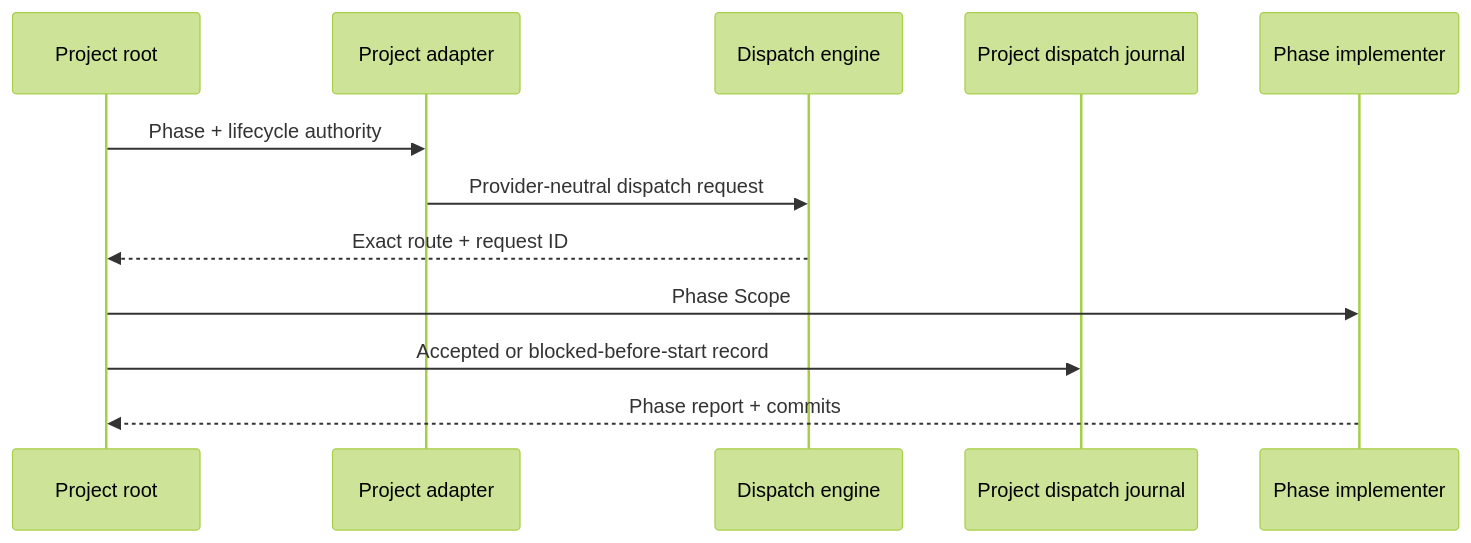
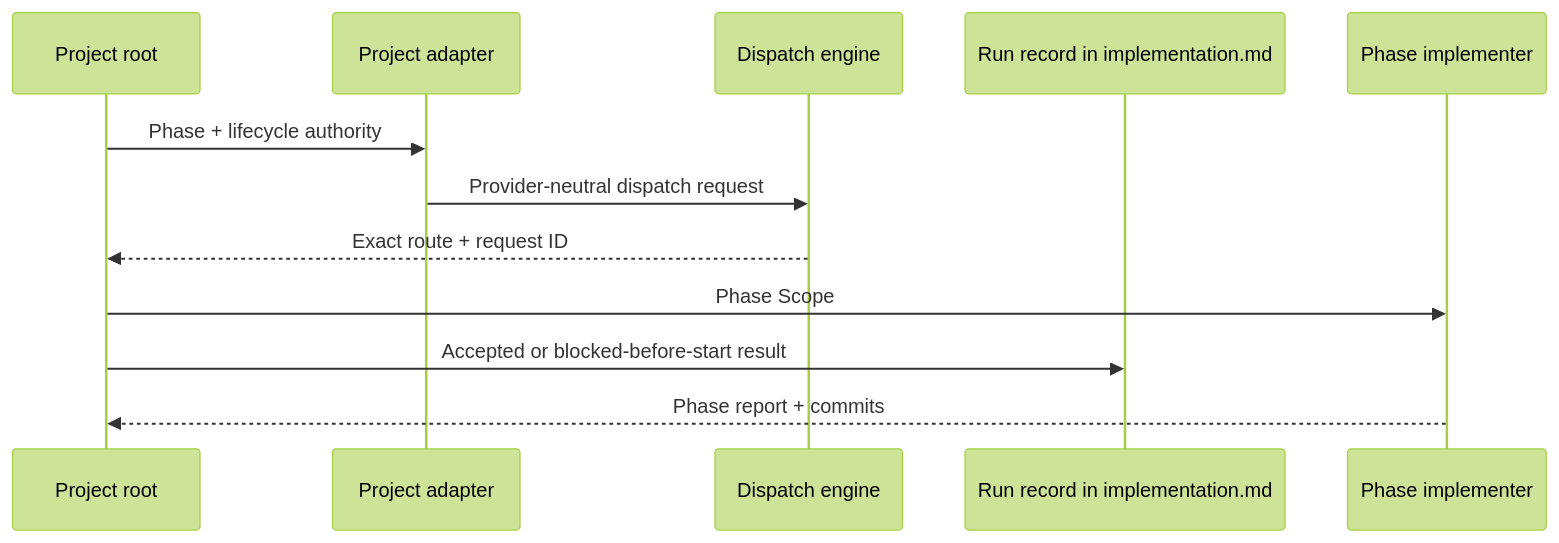
Before and after one commit to voxmedia/open-agent-toolkit: the second of 2 diagrams in apps/oat-docs/docs/workflows/projects/orchestration-model.md, drawn with Mermaid (forest theme). The commit also changed other lines of this file and 207 other files, not shown here.

First line of the commit message:
feat!: template resolver, Fumadocs nav sync, recon publication fixes, validate-only dispatch record (wave 3, lockstep 0.3.11) (#336)

````diff
--- a/apps/oat-docs/docs/workflows/projects/orchestration-model.md
+++ b/apps/oat-docs/docs/workflows/projects/orchestration-model.md
@@ -74,15 +74,15 @@
 ```mermaid
 sequenceDiagram
   participant Root as Project root
   participant Adapter as Project adapter
   participant Engine as Dispatch engine
-  participant Journal as Project dispatch journal
+  participant Record as Run record in implementation.md
   participant Phase as Phase implementer
 
   Root->>Adapter: Phase + lifecycle authority
   Adapter->>Engine: Provider-neutral dispatch request
   Engine-->>Root: Exact route + request ID
   Root->>Phase: Phase Scope
-  Root->>Journal: Accepted or blocked-before-start record
+  Root->>Record: Accepted or blocked-before-start result
   Phase-->>Root: Phase report + commits
 ```
````
